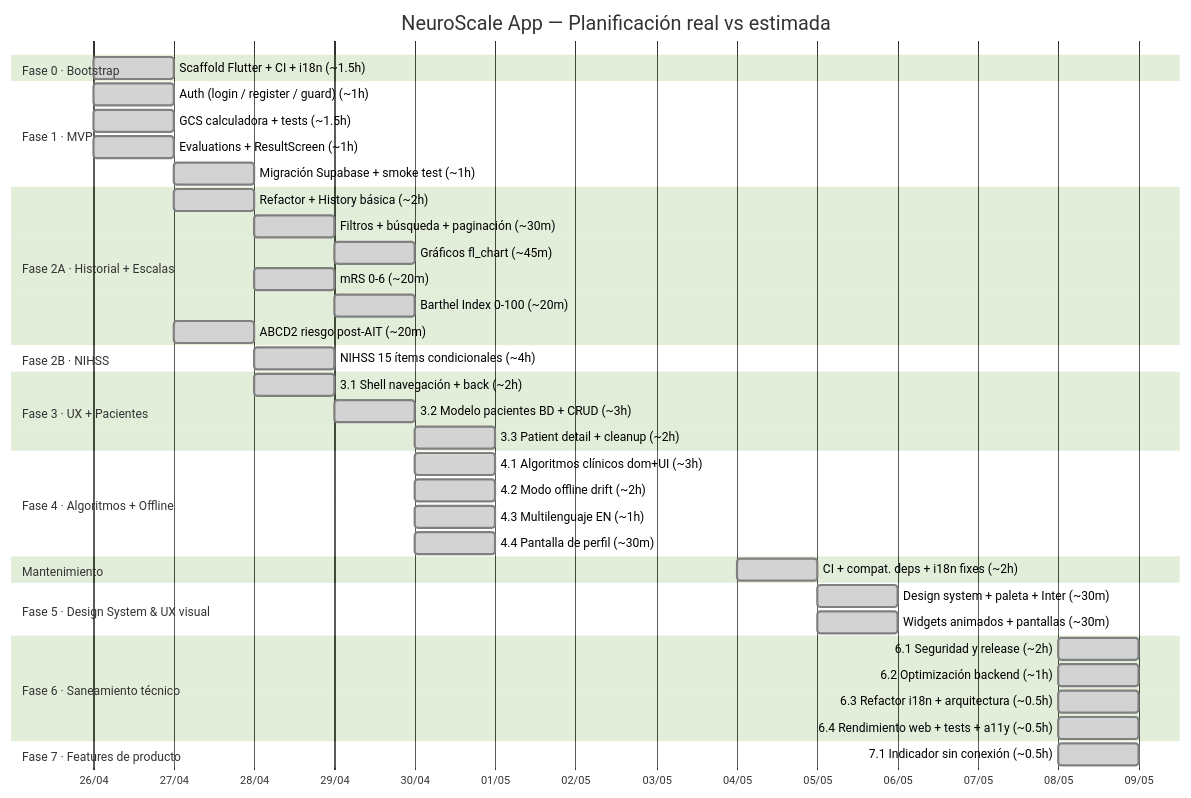
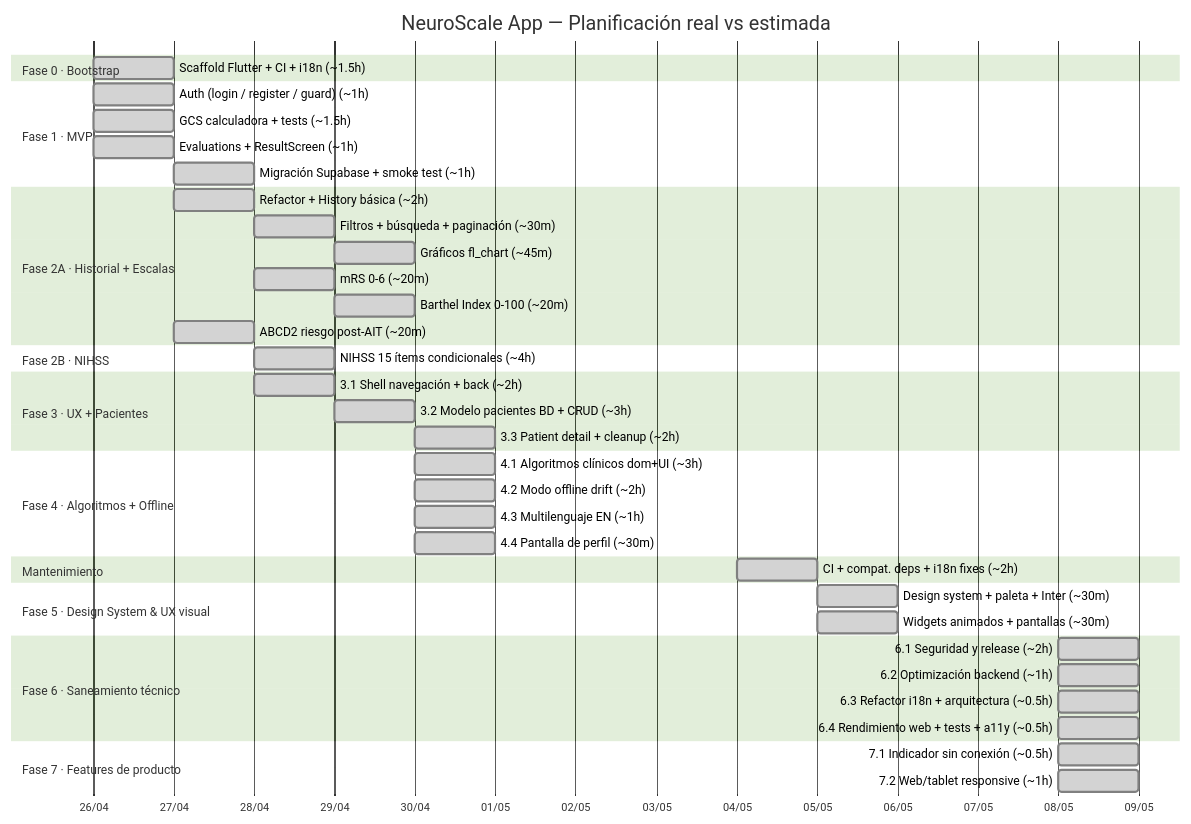
The diagram in README.md (grisllo/NeuroScaleApp), drawn with Mermaid (forest theme) before and after one commit. The commit also changed 2 other files, not shown here.

Commit message:
chore(phase): cierre subfase 7.2 — docs y métricas
- flutter analyze 0 issues, flutter test 187 tests pasando
- ROADMAP: subfase 7.2 marcada completada (2026-05-08)
- METODOLOGIA: ~1,0h real (estimado ~6-8h, −87%)
- README Gantt: 7.2 añadida
- Total acumulado: ~51,0h
- Issue #20 cerrado

Closes #20

````diff
--- a/README.md
+++ b/README.md
@@ -13,53 +13,54 @@
 ```mermaid
 gantt
     title NeuroScale App — Planificación real vs estimada
     dateFormat  YYYY-MM-DD
     axisFormat  %d/%m
 
     section Fase 0 · Bootstrap
     Scaffold Flutter + CI + i18n (~1.5h)      :done, f0,   2026-04-26, 1d
 
     section Fase 1 · MVP
     Auth (login / register / guard) (~1h)     :done, f1a,  2026-04-26, 1d
     GCS calculadora + tests (~1.5h)           :done, f1b,  2026-04-26, 1d
     Evaluations + ResultScreen (~1h)          :done, f1c,  2026-04-26, 1d
     Migración Supabase + smoke test (~1h)     :done, f1d,  2026-04-27, 1d
 
     section Fase 2A · Historial + Escalas
     Refactor + History básica (~2h)           :done, f2a1, 2026-04-27, 1d
     Filtros + búsqueda + paginación (~30m)    :done, f2a2, after f2a1, 1d
     Gráficos fl_chart (~45m)                  :done, f2a3, after f2a2, 1d
     mRS 0-6 (~20m)                            :done, f2a4, after f2a1, 1d
     Barthel Index 0-100 (~20m)                :done, f2a5, after f2a4, 1d
     ABCD2 riesgo post-AIT (~20m)              :done, f2a6, 2026-04-27, 1d
 
     section Fase 2B · NIHSS
     NIHSS 15 ítems condicionales (~4h)        :done, f2b,  2026-04-28, 1d
 
     section Fase 3 · UX + Pacientes
     3.1 Shell navegación + back (~2h)         :done, f3a,  2026-04-28, 1d
     3.2 Modelo pacientes BD + CRUD (~3h)      :done, f3b,  2026-04-29, 1d
     3.3 Patient detail + cleanup (~2h)        :done, f3c,  2026-04-30, 1d
 
     section Fase 4 · Algoritmos + Offline
     4.1 Algoritmos clínicos dom+UI (~3h)      :done, f4a,  2026-04-30, 1d
     4.2 Modo offline drift (~2h)              :done, f4b,  2026-04-30, 1d
     4.3 Multilenguaje EN (~1h)                :done, f4c,  2026-04-30, 1d
     4.4 Pantalla de perfil (~30m)             :done, f4d,  2026-04-30, 1d
 
     section Mantenimiento
     CI + compat. deps + i18n fixes (~2h)      :done, mnt,  2026-05-04, 1d
 
     section Fase 5 · Design System & UX visual
     Design system + paleta + Inter (~30m)     :done, f5a,  2026-05-05, 1d
     Widgets animados + pantallas (~30m)       :done, f5b,  2026-05-05, 1d
 
     section Fase 6 · Saneamiento técnico
     6.1 Seguridad y release (~2h)             :done, f6a,  2026-05-08, 1d
     6.2 Optimización backend (~1h)            :done, f6b,  2026-05-08, 1d
     6.3 Refactor i18n + arquitectura (~0.5h)  :done, f6c,  2026-05-08, 1d
     6.4 Rendimiento web + tests + a11y (~0.5h):done, f6d,  2026-05-08, 1d
 
     section Fase 7 · Features de producto
     7.1 Indicador sin conexión (~0.5h)        :done, f7a,  2026-05-08, 1d
+    7.2 Web/tablet responsive (~1h)           :done, f7b,  2026-05-08, 1d
 ```
````
